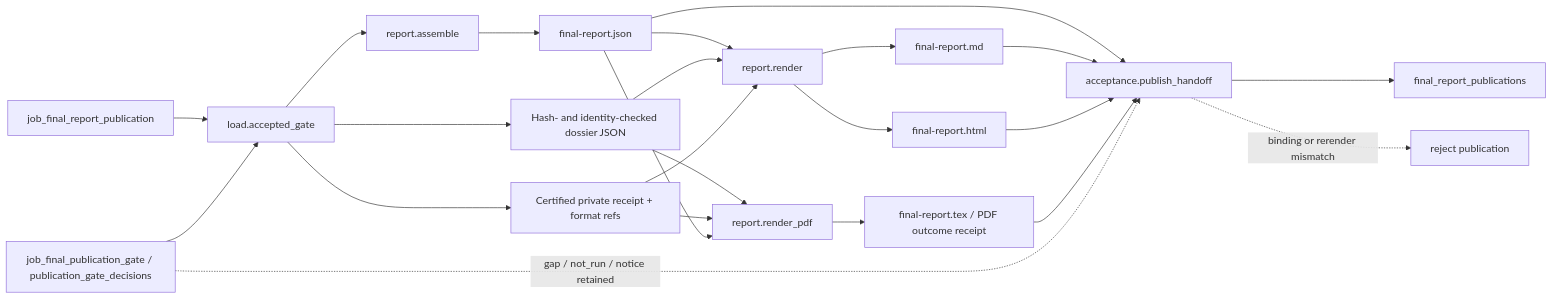
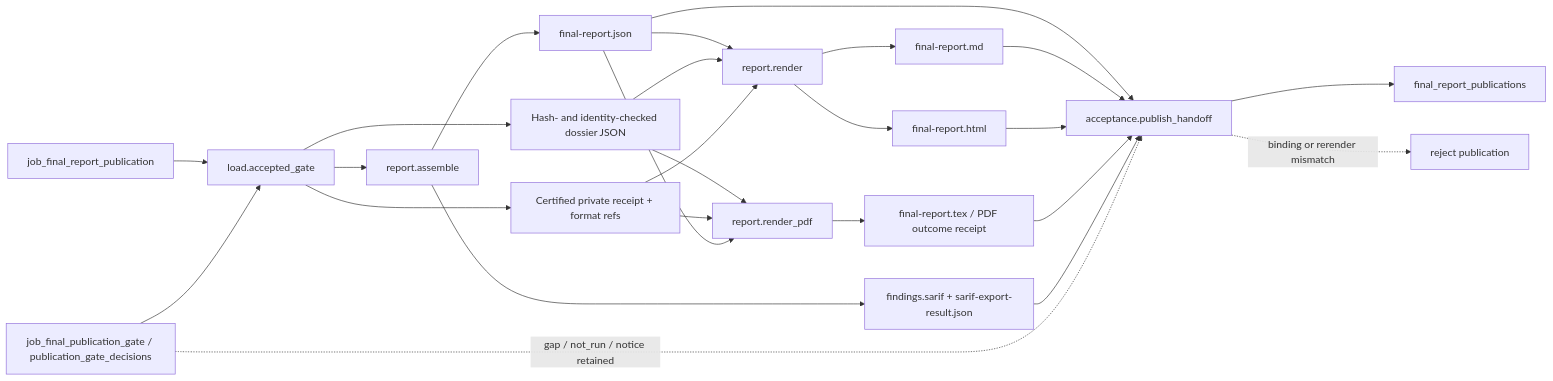
One commit to wsollers/appsec-review changed the second of 2 diagrams in docs/operations/job_final_report_publication.md. Above: the diagram before and after it, drawn with Mermaid. The commit also changed other lines of this file and 7 other files, not shown here.

````diff
--- a/docs/operations/job_final_report_publication.md
+++ b/docs/operations/job_final_report_publication.md
@@ -171,25 +182,27 @@
 ```mermaid
 flowchart LR
   job["job_final_report_publication"] --> load["load.accepted_gate"]
   gate["job_final_publication_gate / publication_gate_decisions"] --> load
   load --> assemble["report.assemble"]
   assemble --> json["final-report.json"]
+  assemble --> sarif["findings.sarif + sarif-export-result.json"]
   json --> render["report.render"]
   render --> md["final-report.md"]
   load --> dossier["Hash- and identity-checked dossier JSON"]
   load --> formats["Certified private receipt + format refs"]
   dossier --> render
   formats --> render
   render --> html["final-report.html"]
   dossier --> pdf["report.render_pdf"]
   formats --> pdf
   json --> pdf
   pdf --> tex["final-report.tex / PDF outcome receipt"]
   json --> accept["acceptance.publish_handoff"]
   md --> accept
   html --> accept
   tex --> accept
+  sarif --> accept
   accept --> out["final_report_publications"]
   gate -. "gap / not_run / notice retained" .-> accept
   accept -. "binding or rerender mismatch" .-> reject["reject publication"]
 ```
````
